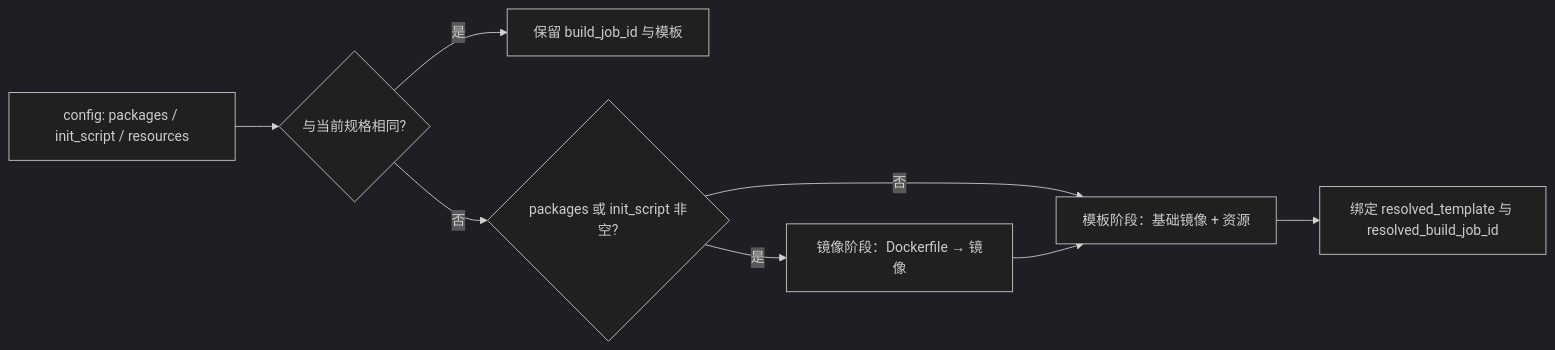
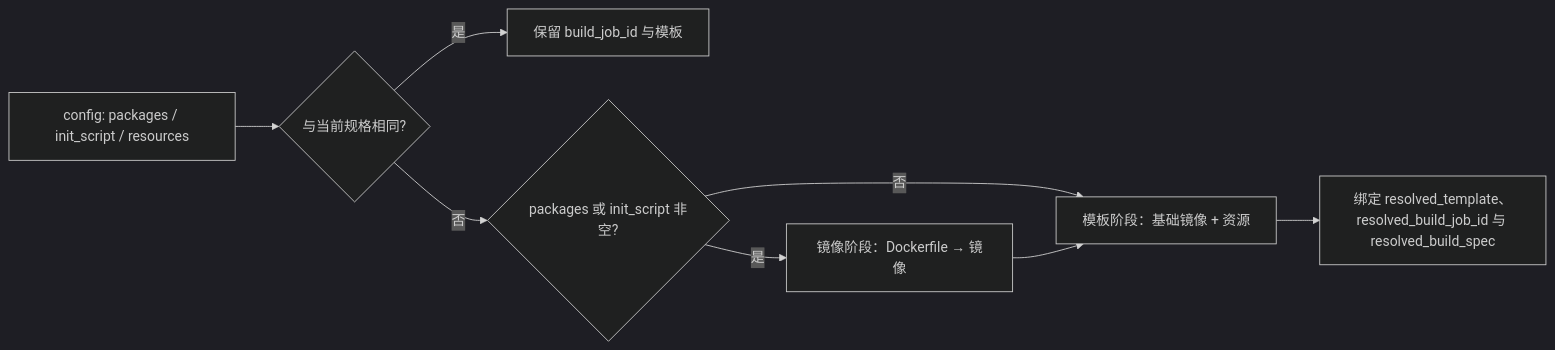
Before and after one commit to superduck-ai/open-managed-agents: the third of 4 diagrams in docs/design/be/environment-package-provisioning.md, drawn with Mermaid (dark theme). The commit also changed other lines of this file and 19 other files, not shown here.

````diff
--- a/docs/design/be/environment-package-provisioning.md
+++ b/docs/design/be/environment-package-provisioning.md
@@ -163,10 +165,10 @@
 ```mermaid
 flowchart LR
     Spec["config: packages / init_script / resources"] --> Same{"与当前规格相同?"}
     Same -->|是| Keep["保留 build_job_id 与模板"]
     Same -->|否| NeedImage{"packages 或 init_script 非空?"}
     NeedImage -->|是| Image["镜像阶段：Dockerfile → 镜像"]
     NeedImage -->|否| Template["模板阶段：基础镜像 + 资源"]
     Image --> Template
-    Template --> Bind["绑定 resolved_template 与 resolved_build_job_id"]
+    Template --> Bind["绑定 resolved_template、resolved_build_job_id 与 resolved_build_spec"]
 ```
````
